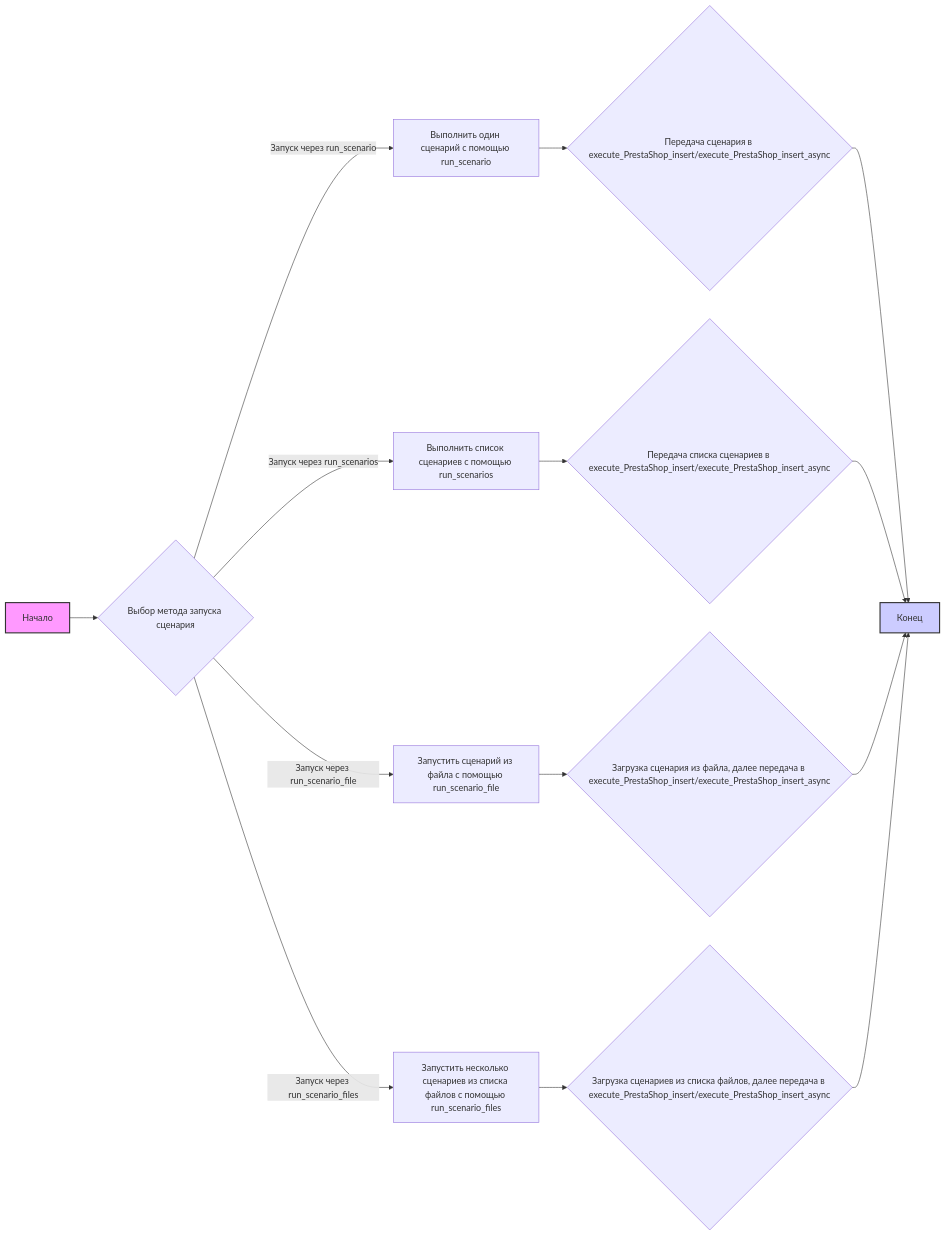
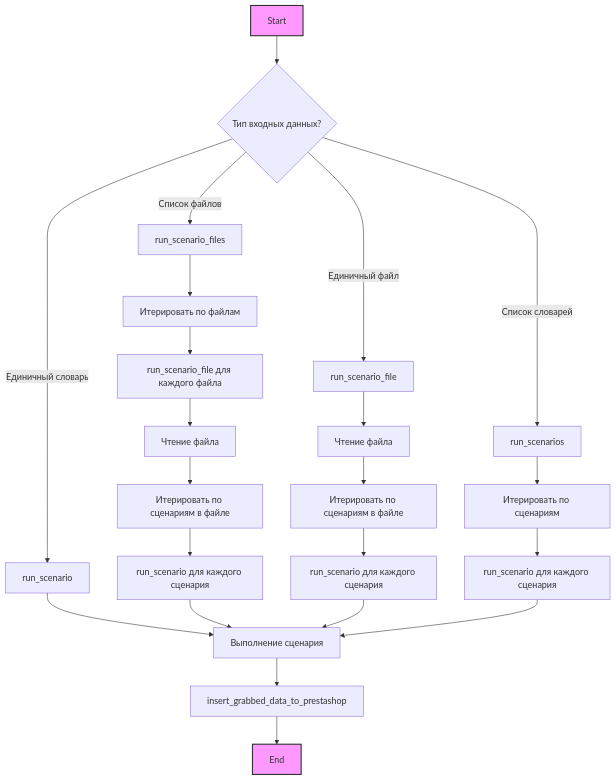
Before and after one commit to hypo69/hypo: the first of 2 diagrams in docs/gemini/ru/explainer/src/scenario/__init__.py.md, drawn with Mermaid. The commit also changed other lines of this file and 1505 other files, not shown here.

````diff
--- a/docs/gemini/ru/explainer/src/scenario/__init__.py.md
+++ b/docs/gemini/ru/explainer/src/scenario/__init__.py.md
@@ -7,20 +10,27 @@
 ```mermaid
-graph LR
-    A[Начало] --> B{Выбор метода запуска сценария};
-    B -- Запуск через run_scenario --> C[Выполнить один сценарий с помощью run_scenario];
-    B -- Запуск через run_scenarios --> D[Выполнить список сценариев с помощью run_scenarios];
-    B -- Запуск через run_scenario_file --> E[Запустить сценарий из файла с помощью run_scenario_file];
-     B -- Запуск через run_scenario_files --> F[Запустить несколько сценариев из списка файлов с помощью run_scenario_files];
-
-    C --> G{Передача сценария в execute_PrestaShop_insert/execute_PrestaShop_insert_async};
-    D --> H{Передача списка сценариев в execute_PrestaShop_insert/execute_PrestaShop_insert_async};
-    E --> I{Загрузка сценария из файла, далее передача в execute_PrestaShop_insert/execute_PrestaShop_insert_async};
-    F --> J{Загрузка сценариев из списка файлов, далее передача в execute_PrestaShop_insert/execute_PrestaShop_insert_async};
-   G --> K[Конец];
-   H --> K;
-   I --> K;
-   J --> K;
-   
+flowchart TD
+    A[Start] --> B{Тип входных данных?}
+    B -- Список файлов --> C[run_scenario_files]
+    B -- Единичный файл --> D[run_scenario_file]
+    B -- Список словарей --> E[run_scenarios]
+    B -- Единичный словарь --> F[run_scenario]
+    C --> G[Итерировать по файлам]
+    G --> H[run_scenario_file для каждого файла]
+    H --> I[Чтение файла]
+    I --> J[Итерировать по сценариям в файле]
+    J --> K[run_scenario для каждого сценария]
+    D --> L[Чтение файла]
+    L --> M[Итерировать по сценариям в файле]
+    M --> N[run_scenario для каждого сценария]
+    E --> O[Итерировать по сценариям]
+    O --> P[run_scenario для каждого сценария]
+    F --> Q[Выполнение сценария]
+    K --> Q
+    N --> Q
+    P --> Q
+    Q --> R[insert_grabbed_data_to_prestashop]
+    R --> S[End]
+    
     style A fill:#f9f,stroke:#333,stroke-width:2px
-    style K fill:#ccf,stroke:#333,stroke-width:2px
+    style S fill:#f9f,stroke:#333,stroke-width:2px
 ```
````
